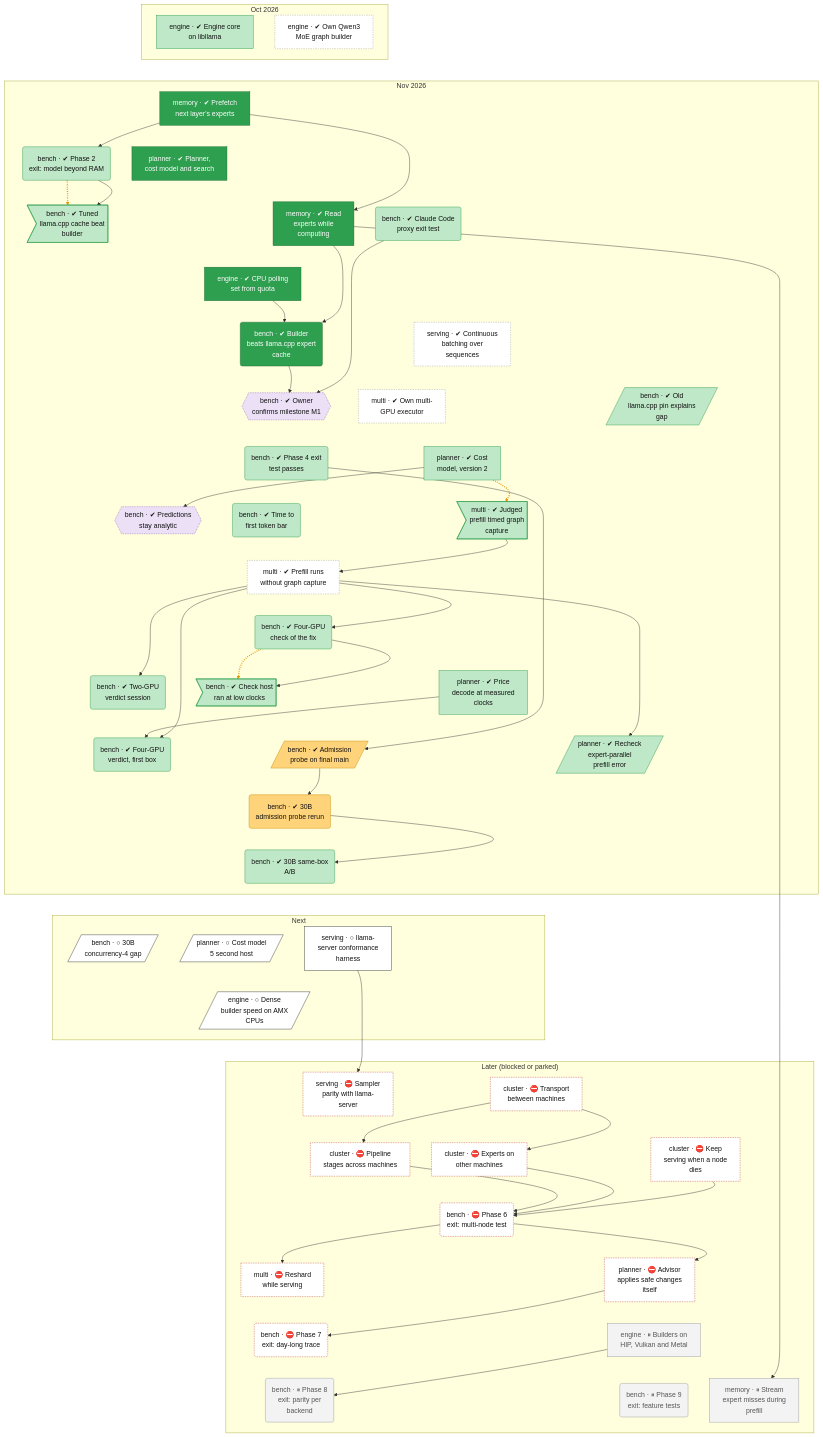
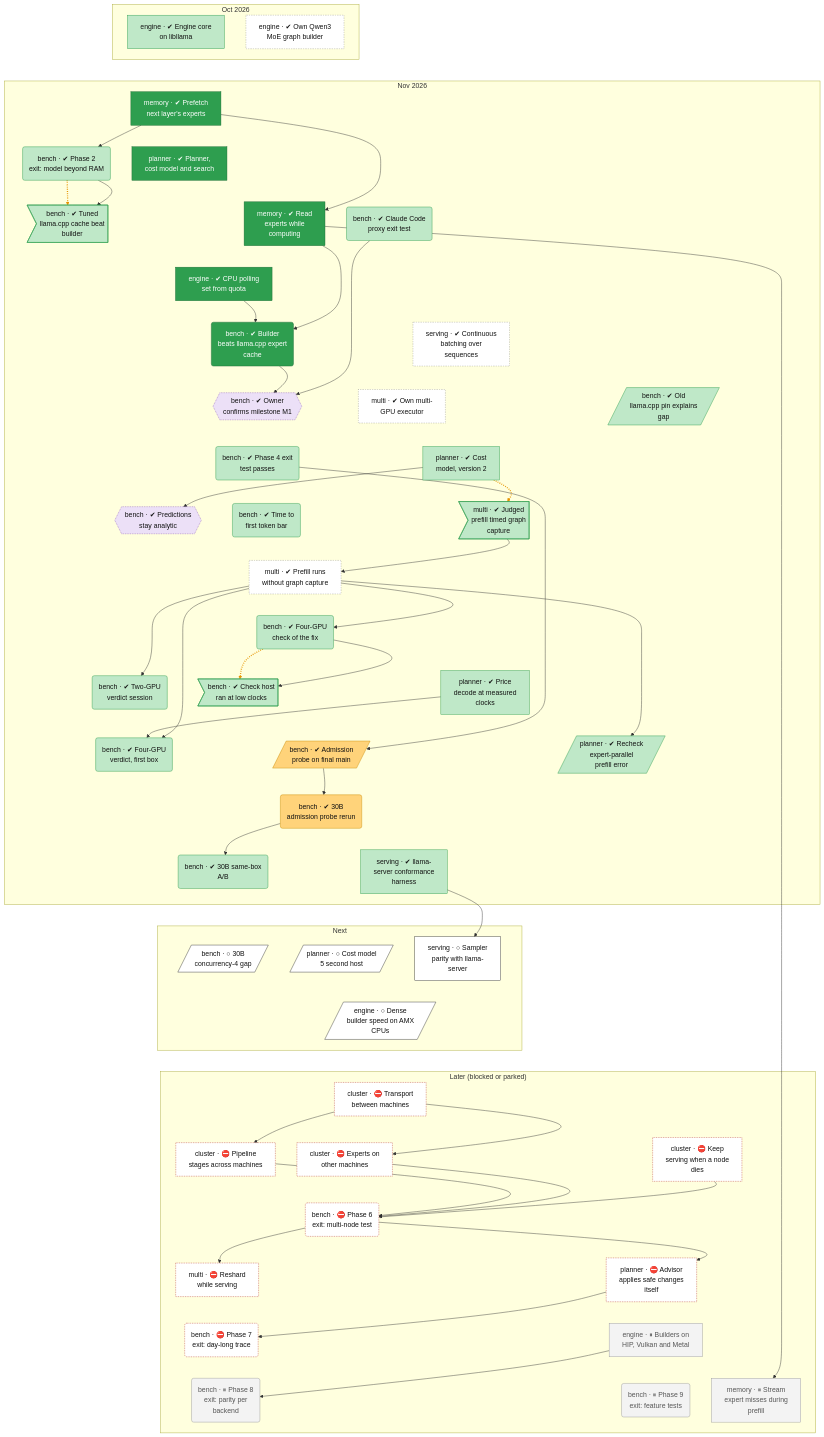
Before and after one commit to lhns/tetraeder: the second of 2 diagrams in docs/roadmap.md, drawn with Mermaid. The commit also changed other lines of this file and 4 other files, not shown here.

Commit message:
Node serving-parity-harness done (CI run 44983973508: 15 conformant cases, 25 strict gaps); serving-parity-sampling next; harness result in the parity note (not measured)

````diff
--- a/docs/roadmap.md
+++ b/docs/roadmap.md
@@ -133,15 +133,15 @@
         planner_ep_prefill_recheck[/"planner · ✔ Recheck<br/>expert-parallel<br/>prefill error"/]
         bench_d2a_30b("bench · ✔ 30B<br/>admission probe rerun")
         bench_ab30b("bench · ✔ 30B same-box<br/>A/B")
+        serving_parity_harness["serving · ✔ llama-<br/>server conformance<br/>harness"]
     end
     subgraph bd_2["Next"]
         bench_30b_c4_gap[/"bench · ○ 30B<br/>concurrency-4 gap"/]
         planner_cost_model_v5_host2[/"planner · ○ Cost model<br/>5 second host"/]
-        serving_parity_harness["serving · ○ llama-<br/>server conformance<br/>harness"]
+        serving_parity_sampling["serving · ○ Sampler<br/>parity with llama-<br/>server"]
         engine_dense_amx[/"engine · ○ Dense<br/>builder speed on AMX<br/>CPUs"/]
     end
     subgraph bd_3["Later (blocked or parked)"]
-        serving_parity_sampling["serving · ⛔ Sampler<br/>parity with llama-<br/>server"]
         cluster_transport["cluster · ⛔ Transport<br/>between machines"]
         cluster_pipeline_nodes["cluster · ⛔ Pipeline<br/>stages across machines"]
         cluster_experts_nodes["cluster · ⛔ Experts on<br/>other machines"]
@@ -190,15 +190,15 @@
     bench_v4a_verdict ~~~ bench_d2a_30b
     planner_ep_prefill_recheck ~~~ bench_d2a_30b
     bench_d2a_30b ~~~ bench_ab30b
+    bench_d2a_30b ~~~ serving_parity_harness
     bench_ab30b ~~~ bench_30b_c4_gap
-    bench_ab30b ~~~ planner_cost_model_v5_host2
-    bench_ab30b ~~~ serving_parity_harness
+    serving_parity_harness ~~~ planner_cost_model_v5_host2
+    serving_parity_harness ~~~ serving_parity_sampling
     bench_30b_c4_gap ~~~ engine_dense_amx
     planner_cost_model_v5_host2 ~~~ engine_dense_amx
-    serving_parity_harness ~~~ engine_dense_amx
-    engine_dense_amx ~~~ serving_parity_sampling
+    serving_parity_sampling ~~~ engine_dense_amx
     engine_dense_amx ~~~ cluster_transport
-    serving_parity_sampling ~~~ cluster_pipeline_nodes
+    cluster_transport ~~~ cluster_pipeline_nodes
     cluster_transport ~~~ cluster_experts_nodes
     cluster_transport ~~~ cluster_failover
     cluster_pipeline_nodes ~~~ bench_phase6_exit
@@ -259,11 +259,11 @@
     classDef finding fill:#ffe0b2,stroke:#d84315,stroke-width:2px,color:#111
     classDef waiting fill:#e3f2fd,stroke:#1f6fc5,stroke-dasharray:5 5,color:#111
     class multi_prefill_no_capture,engine_moe_builder,multi_executor,serving_batching unrated
-    class engine_libllama,planner_cost_v2,multi_defect_capture,bench_phase2_exit,bench_defect_tuned_cache,bench_phase3b_proxy,bench_pin_ab,bench_phase4_exit,bench_ttft,bench_s3f2,bench_defect_s3f2_clock,bench_v2_verdict,planner_cost_model_v5,bench_v4a_verdict,bench_ab30b,planner_ep_prefill_recheck succ
+    class engine_libllama,planner_cost_v2,multi_defect_capture,bench_phase2_exit,bench_defect_tuned_cache,bench_phase3b_proxy,bench_pin_ab,bench_phase4_exit,bench_ttft,bench_s3f2,bench_defect_s3f2_clock,bench_v2_verdict,planner_cost_model_v5,bench_v4a_verdict,bench_ab30b,serving_parity_harness,planner_ep_prefill_recheck succ
     class engine_cpu_poll,memory_prefetch,memory_io_service,planner_core,bench_m1_point1 vsucc
     class bench_owner_m1,bench_owner_analytic decided
     class bench_d2a_probe,bench_d2a_30b mixed
-    class bench_30b_c4_gap,planner_cost_model_v5_host2,serving_parity_harness,engine_dense_amx next
-    class serving_parity_sampling,cluster_transport,cluster_pipeline_nodes,cluster_experts_nodes,cluster_failover,bench_phase6_exit,multi_live_reshard,planner_advisor_auto,bench_phase7_exit blocked
+    class bench_30b_c4_gap,planner_cost_model_v5_host2,serving_parity_sampling,engine_dense_amx next
+    class cluster_transport,cluster_pipeline_nodes,cluster_experts_nodes,cluster_failover,bench_phase6_exit,multi_live_reshard,planner_advisor_auto,bench_phase7_exit blocked
     class engine_backend_parity,bench_phase8_exit,bench_phase9_exit,memory_prefill_misses parked
 ```
````
